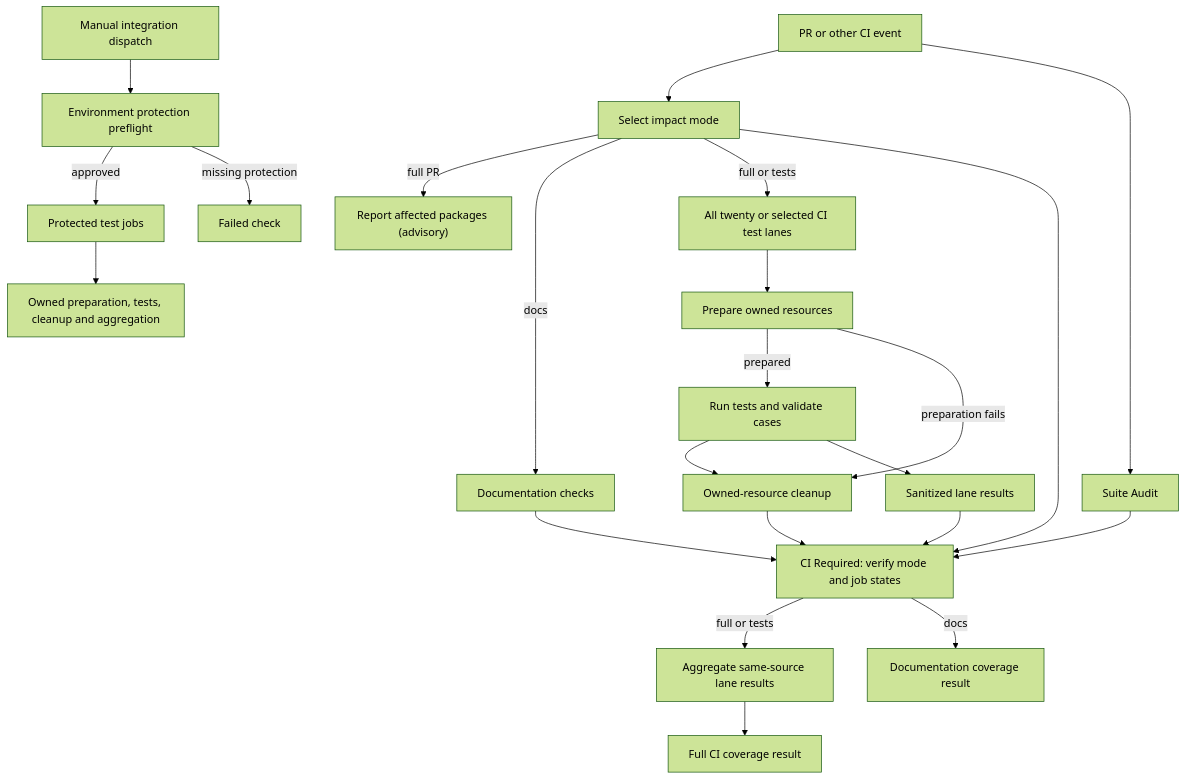
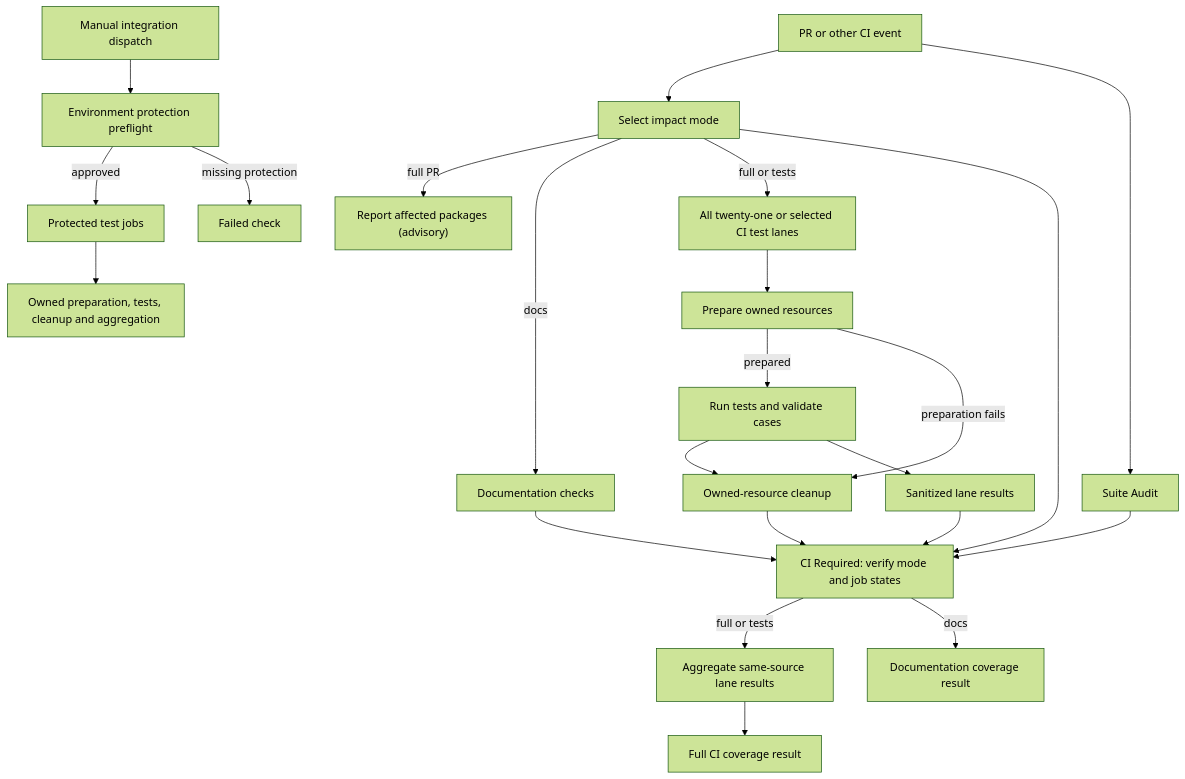
Before and after one commit to openclaw/openclaw-enterprise: the diagram in docs/flows/github-actions-testing.md, drawn with Mermaid (forest theme). The commit also changed other lines of this file and 8 other files, not shown here.

````diff
--- a/docs/flows/github-actions-testing.md
+++ b/docs/flows/github-actions-testing.md
@@ -21,25 +21,25 @@
 ```mermaid
 graph TD
   A["PR or other CI event"] --> S["Select impact mode"]
   A --> N["Suite Audit"]
   S -->|full PR| Q["Report affected packages (advisory)"]
   S -->|docs| D["Documentation checks"]
-  S -->|full or tests| B["All twenty or selected CI test lanes"]
+  S -->|full or tests| B["All twenty-one or selected CI test lanes"]
   B --> F["Prepare owned resources"]
   F -->|prepared| H["Run tests and validate cases"]
   F -->|preparation fails| J["Owned-resource cleanup"]
   H --> J
   H --> K["Sanitized lane results"]
   J --> G["CI Required: verify mode and job states"]
   S --> G
   N --> G
   D --> G
   K --> G
   G -->|full or tests| L["Aggregate same-source lane results"]
   G -->|docs| M["Documentation coverage result"]
   L --> R["Full CI coverage result"]
   C["Manual integration dispatch"] --> P["Environment protection preflight"]
   P -->|approved| E["Protected test jobs"]
   P -->|missing protection| X["Failed check"]
   E --> T["Owned preparation, tests, cleanup and aggregation"]
 ```
````
